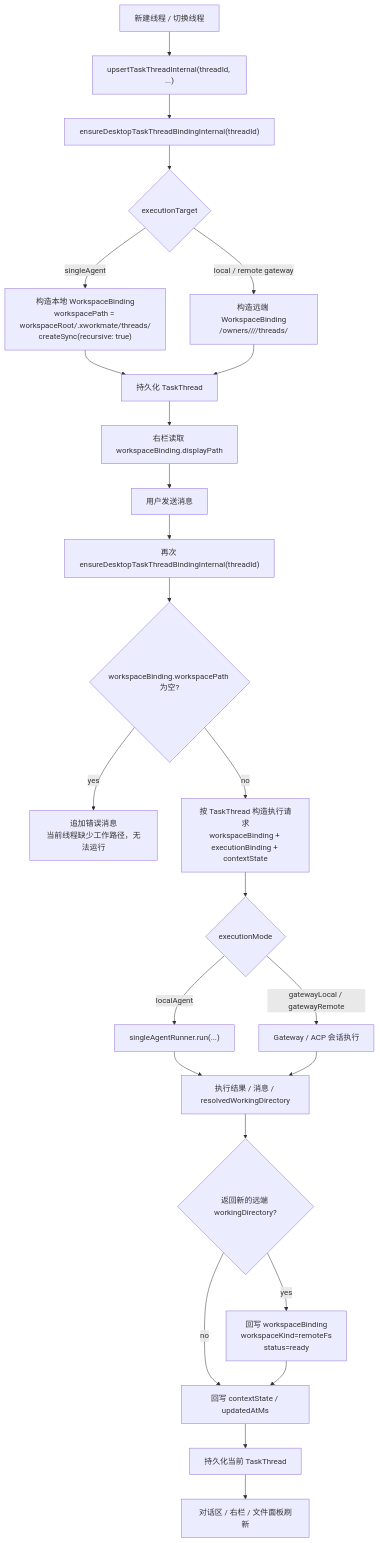
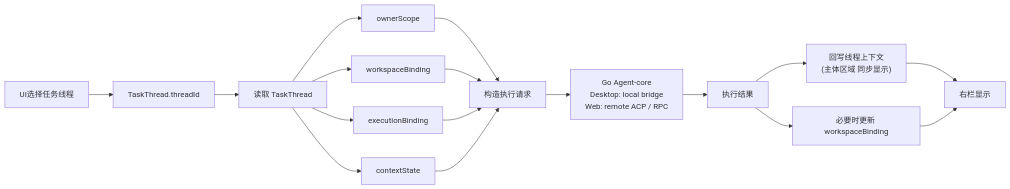
Before and after one commit to ai-workspace-lab/xworkmate-app: the diagram in docs/architecture/assistant-thread-target-model-20260328.md, drawn with Mermaid. The commit also changed other lines of this file and 48 other files, not shown here.

Commit message:
Migrate task thread runtime to Go Agent-core

````diff
--- a/docs/architecture/assistant-thread-target-model-20260328.md
+++ b/docs/architecture/assistant-thread-target-model-20260328.md
@@ -118,35 +120,24 @@
 ```mermaid
-flowchart TD
-  A["新建线程 / 切换线程"] --> B["upsertTaskThreadInternal(threadId, ...)"]
-  B --> C["ensureDesktopTaskThreadBindingInternal(threadId)"]
+flowchart LR
+  A["UI选择任务线程"] --> B["TaskThread.threadId"]
+  B --> C["读取 TaskThread"]
 
-  C --> D{"executionTarget"}
-  D -->|singleAgent| E["构造本地 WorkspaceBinding<br/>workspacePath = workspaceRoot/.xworkmate/threads/<threadId><br/>createSync(recursive: true)"]
-  D -->|local / remote gateway| F["构造远端 WorkspaceBinding<br/>/owners/<realm>/<subjectType>/<subjectId>/threads/<threadId>"]
+  C --> D1["ownerScope"]
+  C --> D2["workspaceBinding"]
+  C --> D3["executionBinding"]
+  C --> D4["contextState"]
 
-  E --> G["持久化 TaskThread"]
-  F --> G
-  G --> H["右栏读取 workspaceBinding.displayPath"]
+  D1 --> E["构造执行请求"]
+  D2 --> E
+  D3 --> E
+  D4 --> E
 
-  H --> I["用户发送消息"]
-  I --> J["再次 ensureDesktopTaskThreadBindingInternal(threadId)"]
-  J --> K{"workspaceBinding.workspacePath 为空?"}
+  E --> F["Go Agent-core\nDesktop: local bridge\nWeb: remote ACP / RPC"]
+  F --> G["执行结果"]
 
-  K -->|yes| L["追加错误消息<br/>当前线程缺少工作路径，无法运行"]
-  K -->|no| M["按 TaskThread 构造执行请求<br/>workspaceBinding + executionBinding + contextState"]
+  G --> H["回写线程上下文\n(主体区域 同步显示)"]
+  G --> I["必要时更新 workspaceBinding"]
 
-  M --> N{"executionMode"}
-  N -->|localAgent| O["singleAgentRunner.run(...)"]
-  N -->|gatewayLocal / gatewayRemote| P["Gateway / ACP 会话执行"]
-
-  O --> Q["执行结果 / 消息 / resolvedWorkingDirectory"]
-  P --> Q
-
-  Q --> R{"返回新的远端 workingDirectory?"}
-  R -->|yes| S["回写 workspaceBinding<br/>workspaceKind=remoteFs<br/>status=ready"]
-  R -->|no| T["回写 contextState / updatedAtMs"]
-
-  S --> T
-  T --> U["持久化当前 TaskThread"]
-  U --> V["对话区 / 右栏 / 文件面板刷新"]
+  H --> J["右栏显示"]
+  I --> J
 ```
````
